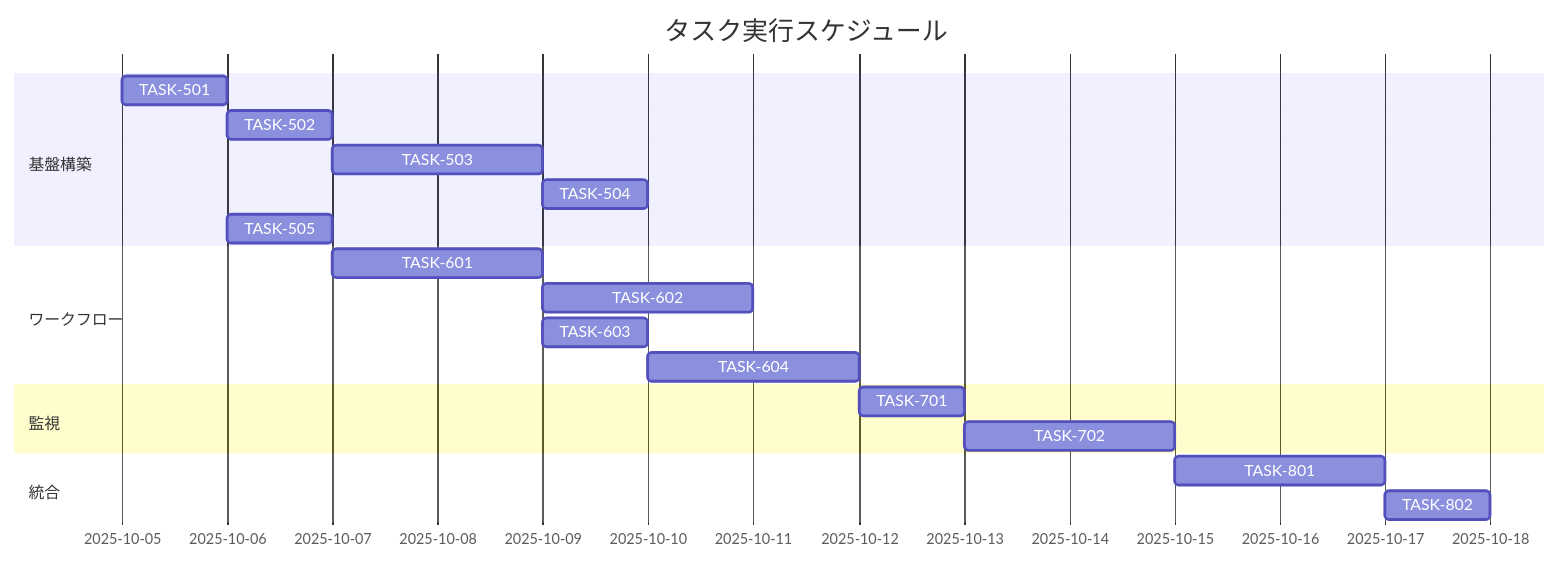
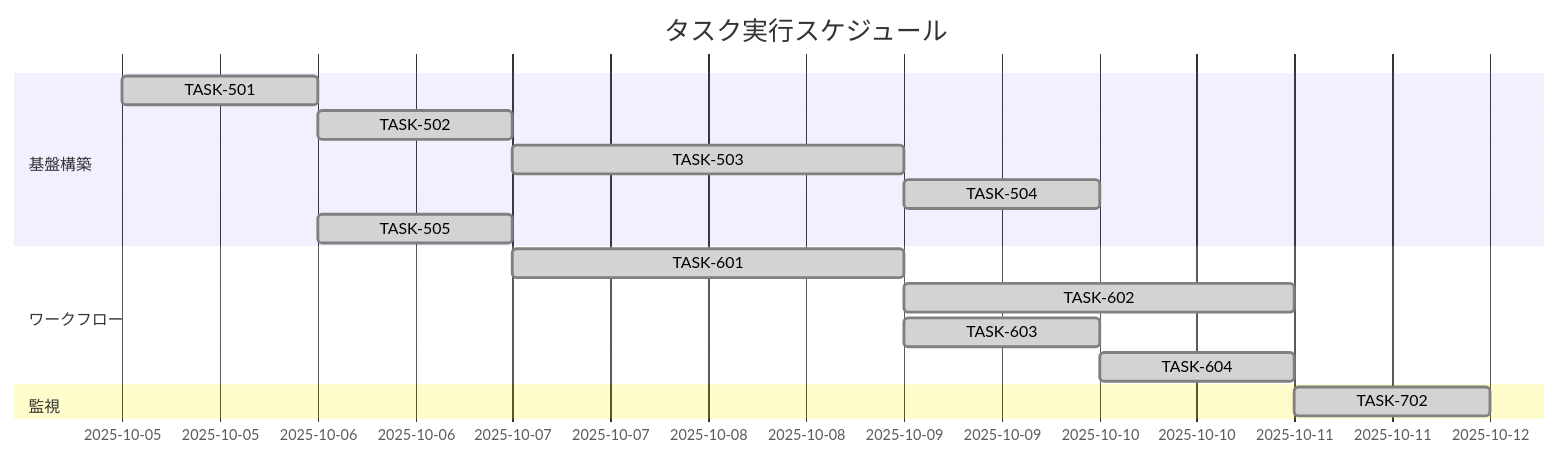
One commit to rimanem18/hoxt-backlog changed the diagram in docs/tasks/continuous-deployment-tasks.md. Above: the diagram before and after it, drawn with Mermaid. The commit also changed other lines of this file and 2 other files, not shown here.

````diff
--- a/docs/tasks/continuous-deployment-tasks.md
+++ b/docs/tasks/continuous-deployment-tasks.md
@@ -351,22 +263,18 @@
 ```mermaid
 gantt
     title タスク実行スケジュール
-    dateFormat  2024-09-12
+    dateFormat  2025-09-12
     section 基盤構築
-    TASK-501           :a1, 2024-09-12, 1d
-    TASK-502           :a2, after a1, 1d
-    TASK-503           :a3, after a2, 2d
-    TASK-504           :a4, after a3, 1d
-    TASK-505           :a5, after a1, 1d
+    TASK-501           :done, a1, 2025-09-12, 1d
+    TASK-502           :done, a2, after a1, 1d
+    TASK-503           :done, a3, after a2, 2d
+    TASK-504           :done, a4, after a3, 1d
+    TASK-505           :done, a5, after a1, 1d
     section ワークフロー
-    TASK-601           :b1, after a5, 1.5d
-    TASK-602           :b2, after b1, 2d
-    TASK-603           :b3, after b1, 1d
-    TASK-604           :b4, after b3, 2d
+    TASK-601           :done, b1, after a5, 1.5d
+    TASK-602           :done, b2, after b1, 2d
+    TASK-603           :done, b3, after b1, 1d
+    TASK-604           :done, b4, after b3, 0.5d
     section 監視
-    TASK-701           :c1, after b4, 1d
-    TASK-702           :c2, after c1, 2d
-    section 統合
-    TASK-801           :d1, after c2, 2d
-    TASK-802           :d2, after d1, 1d
+    TASK-702           :done, c2, after b4, 1d
 ```
````
